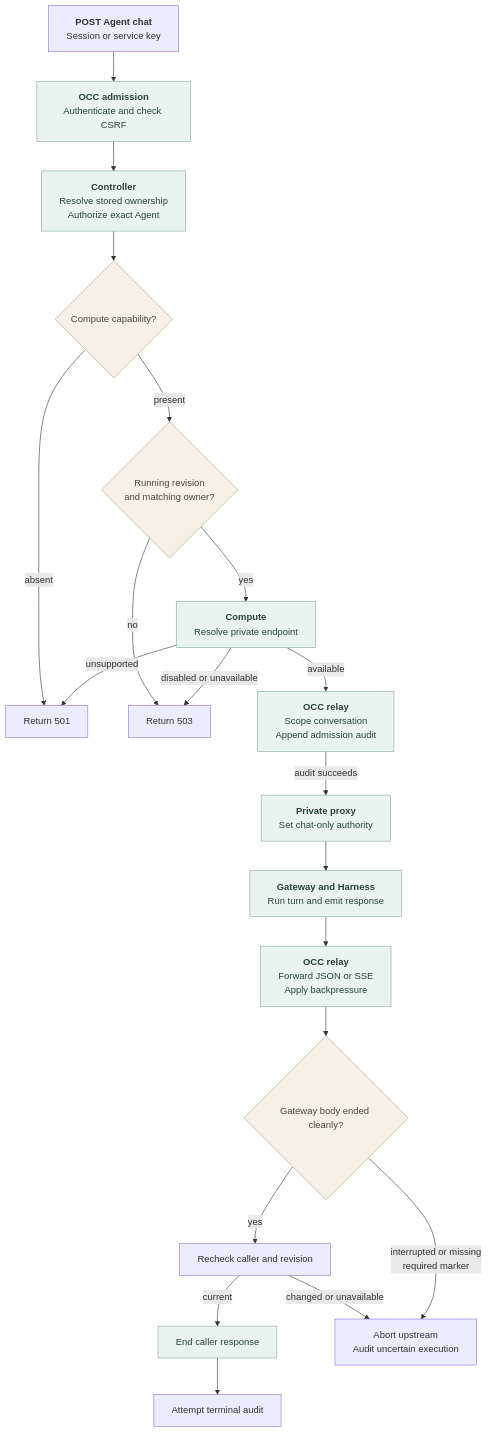
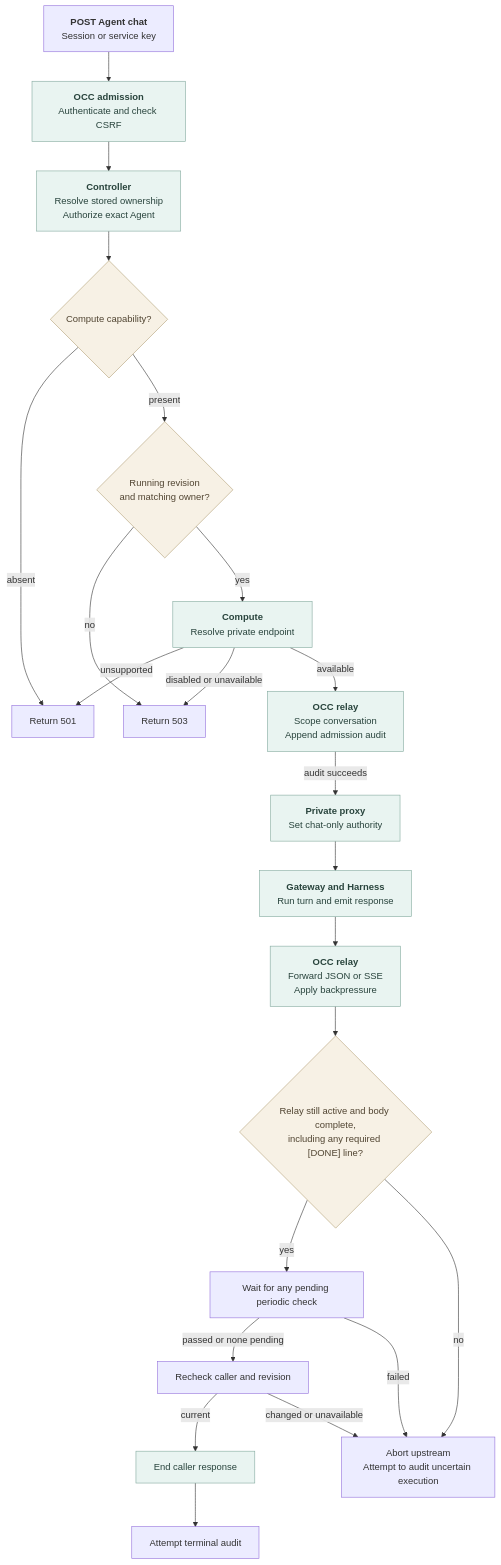
Before and after one commit to openclaw/openclaw-enterprise: the diagram in docs/flows/agent-http-chat.md, drawn with Mermaid. The commit also changed other lines of this file, not shown here.

Commit message:
Show the pending and final checks before ending an Agent chat response

````diff
--- a/docs/flows/agent-http-chat.md
+++ b/docs/flows/agent-http-chat.md
@@ -29,26 +29,28 @@
 ```mermaid
 graph TD
   A["<b>POST Agent chat</b><br/>Session or service key"] --> B["<b>OCC admission</b><br/>Authenticate and check CSRF"]
   B --> C["<b>Controller</b><br/>Resolve stored ownership<br/>Authorize exact Agent"]
   C --> D{"Compute capability?"}
   D -->|absent| U["Return 501"]
   D -->|present| E{"Running revision<br/>and matching owner?"}
   E -->|no| V["Return 503"]
   E -->|yes| F["<b>Compute</b><br/>Resolve private endpoint"]
   F -->|unsupported| U
   F -->|disabled or unavailable| V
   F -->|available| G["<b>OCC relay</b><br/>Scope conversation<br/>Append admission audit"]
   G -->|audit succeeds| H["<b>Private proxy</b><br/>Set chat-only authority"]
   H --> I["<b>Gateway and Harness</b><br/>Run turn and emit response"]
   I --> J["<b>OCC relay</b><br/>Forward JSON or SSE<br/>Apply backpressure"]
-  J --> K{"Gateway body ended cleanly?"}
-  K -->|yes| N["Recheck caller and revision"]
+  J --> K{"Relay still active and body complete,<br/>including any required [DONE] line?"}
+  K -->|yes| P["Wait for any pending periodic check"]
+  P -->|passed or none pending| N["Recheck caller and revision"]
+  P -->|failed| M
   N -->|current| O["End caller response"]
   O --> L["Attempt terminal audit"]
   N -->|changed or unavailable| M
-  K -->|interrupted or missing<br/>required marker| M["Abort upstream<br/>Audit uncertain execution"]
+  K -->|no| M["Abort upstream<br/>Attempt to audit uncertain execution"]
   classDef gate fill:#F7F1E5,stroke:#B3A078,color:#514532,stroke-width:1px
   classDef process fill:#E9F4F1,stroke:#83A99E,color:#29443D,stroke-width:1px
   class D,E,K gate
   class B,C,F,G,H,I,J,O process
 ```
````
